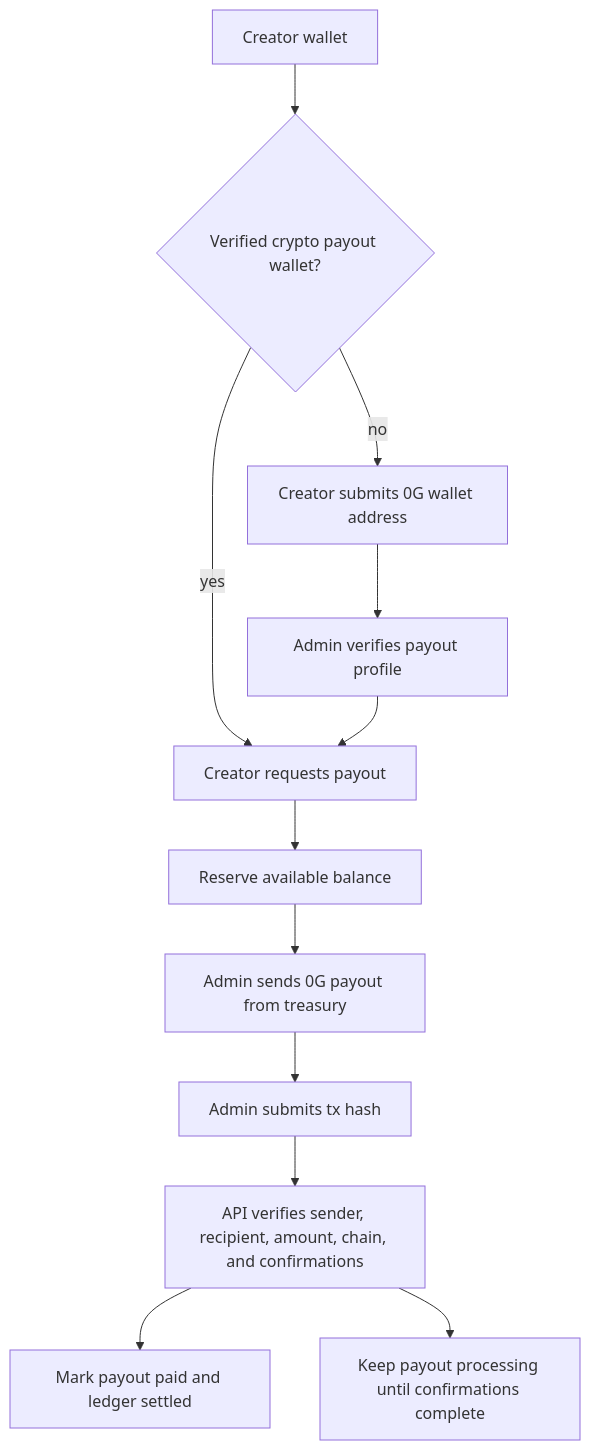
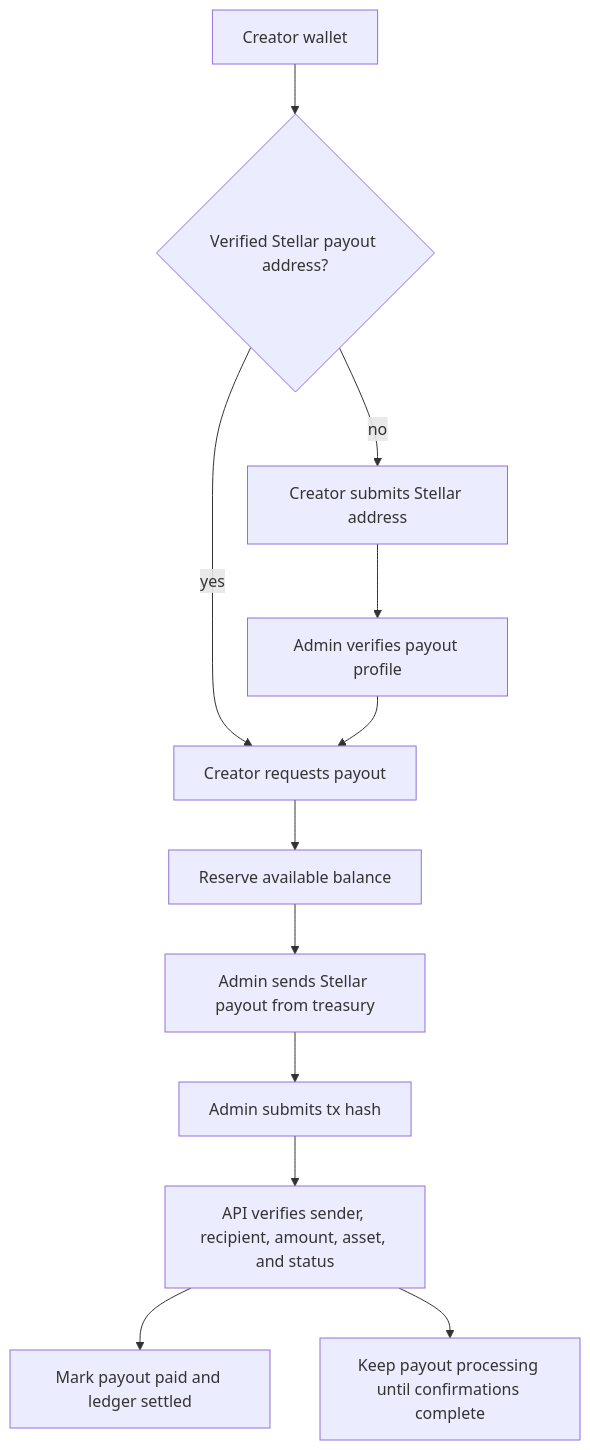
One commit to Afnanksalal/hana-chat changed the second of 2 diagrams in docs/monetization-payouts.md. Above: the diagram before and after it, drawn with Mermaid. The commit also changed other lines of this file and 61 other files, not shown here.

````diff
--- a/docs/monetization-payouts.md
+++ b/docs/monetization-payouts.md
@@ -51,14 +51,14 @@
 ```mermaid
 flowchart TD
-  Wallet["Creator wallet"] --> Profile{"Verified crypto payout wallet?"}
-  Profile -- no --> Setup["Creator submits 0G wallet address"]
+  Wallet["Creator wallet"] --> Profile{"Verified Stellar payout address?"}
+  Profile -- no --> Setup["Creator submits Stellar address"]
   Setup --> AdminVerify["Admin verifies payout profile"]
   Profile -- yes --> Request["Creator requests payout"]
   AdminVerify --> Request
   Request --> Reserve["Reserve available balance"]
-  Reserve --> AdminTransfer["Admin sends 0G payout from treasury"]
+  Reserve --> AdminTransfer["Admin sends Stellar payout from treasury"]
   AdminTransfer --> SubmitHash["Admin submits tx hash"]
-  SubmitHash --> Verify["API verifies sender, recipient, amount, chain, and confirmations"]
+  SubmitHash --> Verify["API verifies sender, recipient, amount, asset, and status"]
   Verify --> Paid["Mark payout paid and ledger settled"]
   Verify --> Confirming["Keep payout processing until confirmations complete"]
 ```
````
